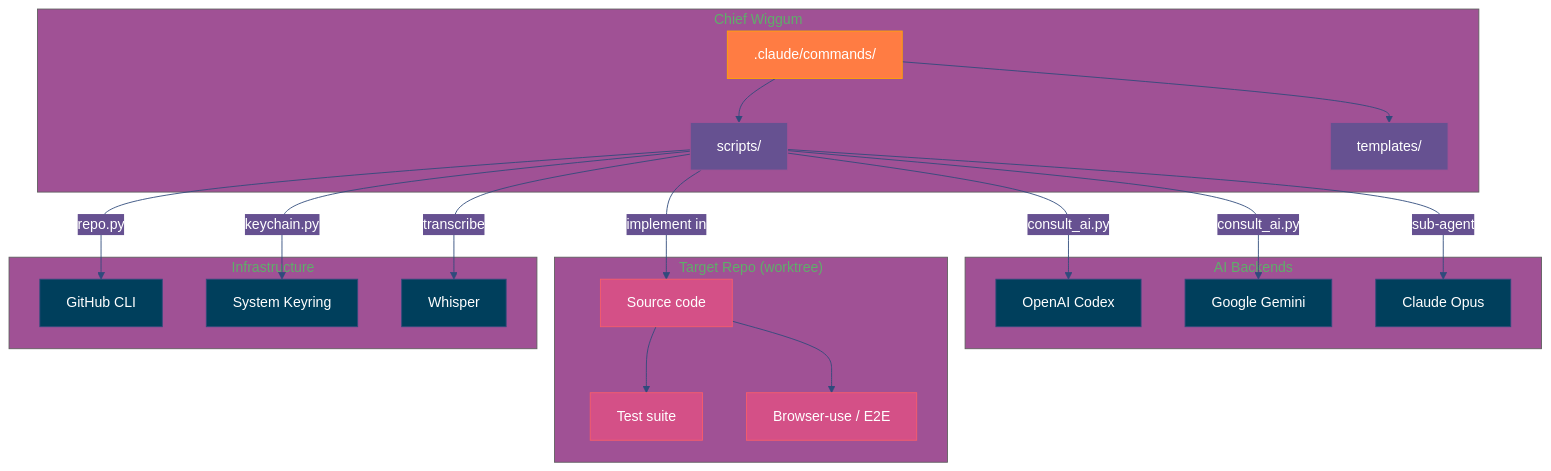
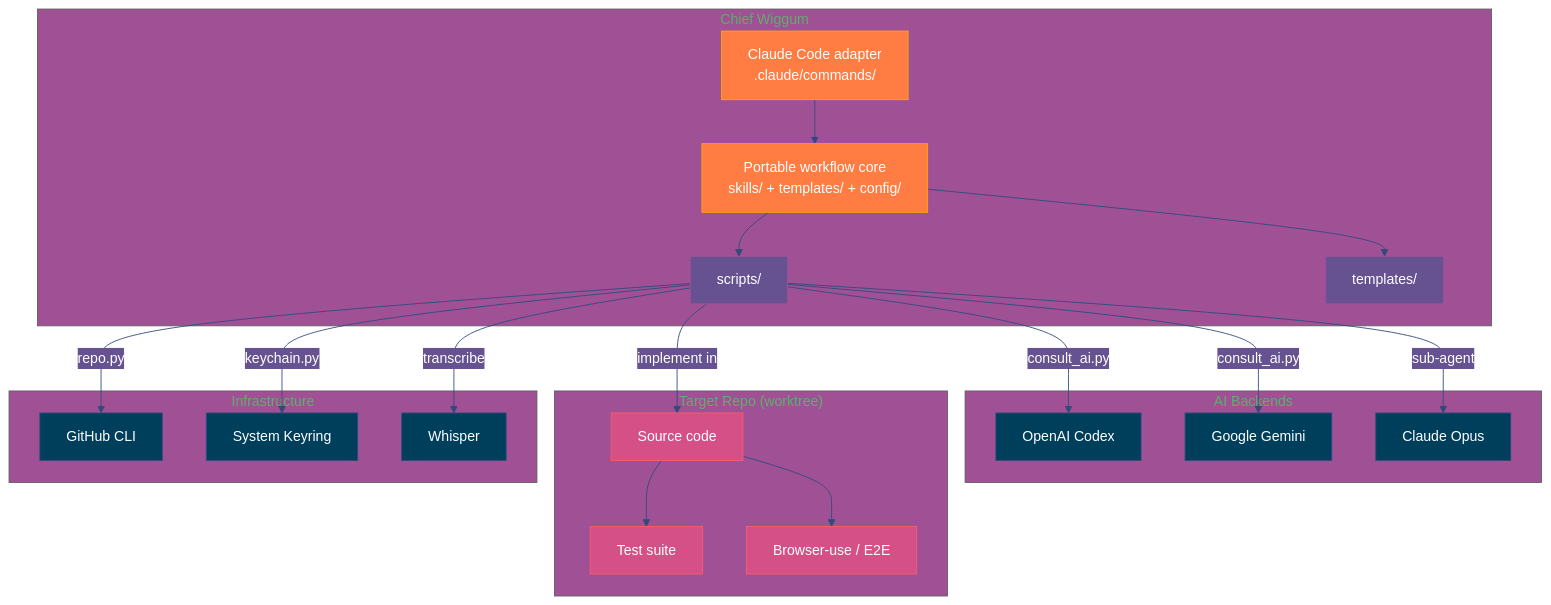
The third of 3 diagrams in README.md (plwp/chief-wiggum), drawn with Mermaid before and after one commit. The commit also changed other lines of this file and 3 other files, not shown here.

````diff
--- a/README.md
+++ b/README.md
@@ -189,44 +195,46 @@
 ```mermaid
 %%{init: {'theme': 'base', 'themeVariables': {'primaryColor': '#003f5c', 'primaryTextColor': '#fff', 'primaryBorderColor': '#2f4b7c', 'secondaryColor': '#665191', 'tertiaryColor': '#a05195', 'lineColor': '#2f4b7c', 'textColor': '#333'}}}%%
 graph TD
     subgraph "Chief Wiggum"
-        Skills[".claude/commands/"]:::entry
+        Core["Portable workflow core<br/>skills/ + templates/ + config/"]:::entry
+        ClaudeAdapter["Claude Code adapter<br/>.claude/commands/"]:::entry
         Scripts["scripts/"]:::modified
         Templates["templates/"]:::modified
     end
 
     subgraph "AI Backends"
         Codex["OpenAI Codex"]:::existing
         Gemini["Google Gemini"]:::existing
         Opus["Claude Opus"]:::existing
     end
 
     subgraph "Target Repo (worktree)"
         Code["Source code"]:::new
         Tests["Test suite"]:::new
         BU["Browser-use / E2E"]:::new
     end
 
     subgraph "Infrastructure"
         GH["GitHub CLI"]:::existing
         Keyring["System Keyring"]:::existing
         Whisper["Whisper"]:::existing
     end
 
-    Skills --> Scripts
-    Skills --> Templates
+    ClaudeAdapter --> Core
+    Core --> Scripts
+    Core --> Templates
     Scripts -->|consult_ai.py| Codex
     Scripts -->|consult_ai.py| Gemini
     Scripts -->|sub-agent| Opus
     Scripts -->|repo.py| GH
     Scripts -->|keychain.py| Keyring
     Scripts -->|transcribe| Whisper
     Scripts -->|implement in| Code
     Code --> Tests
     Code --> BU
 
     classDef entry fill:#ff7c43,stroke:#ffa600,color:#fff
     classDef existing fill:#003f5c,stroke:#2f4b7c,color:#fff
     classDef modified fill:#665191,stroke:#a05195,color:#fff
     classDef new fill:#d45087,stroke:#f95d6a,color:#fff
 ```
````
